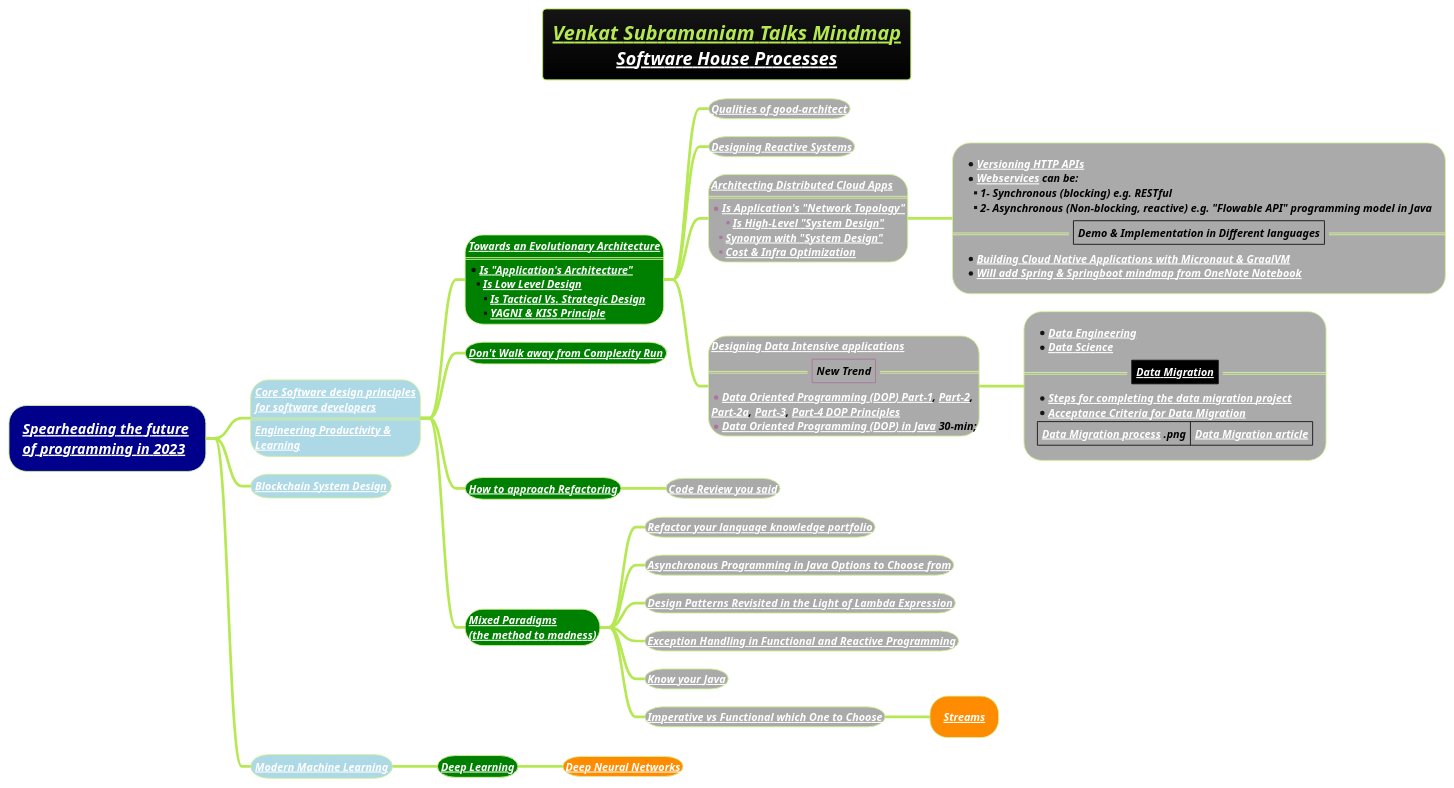
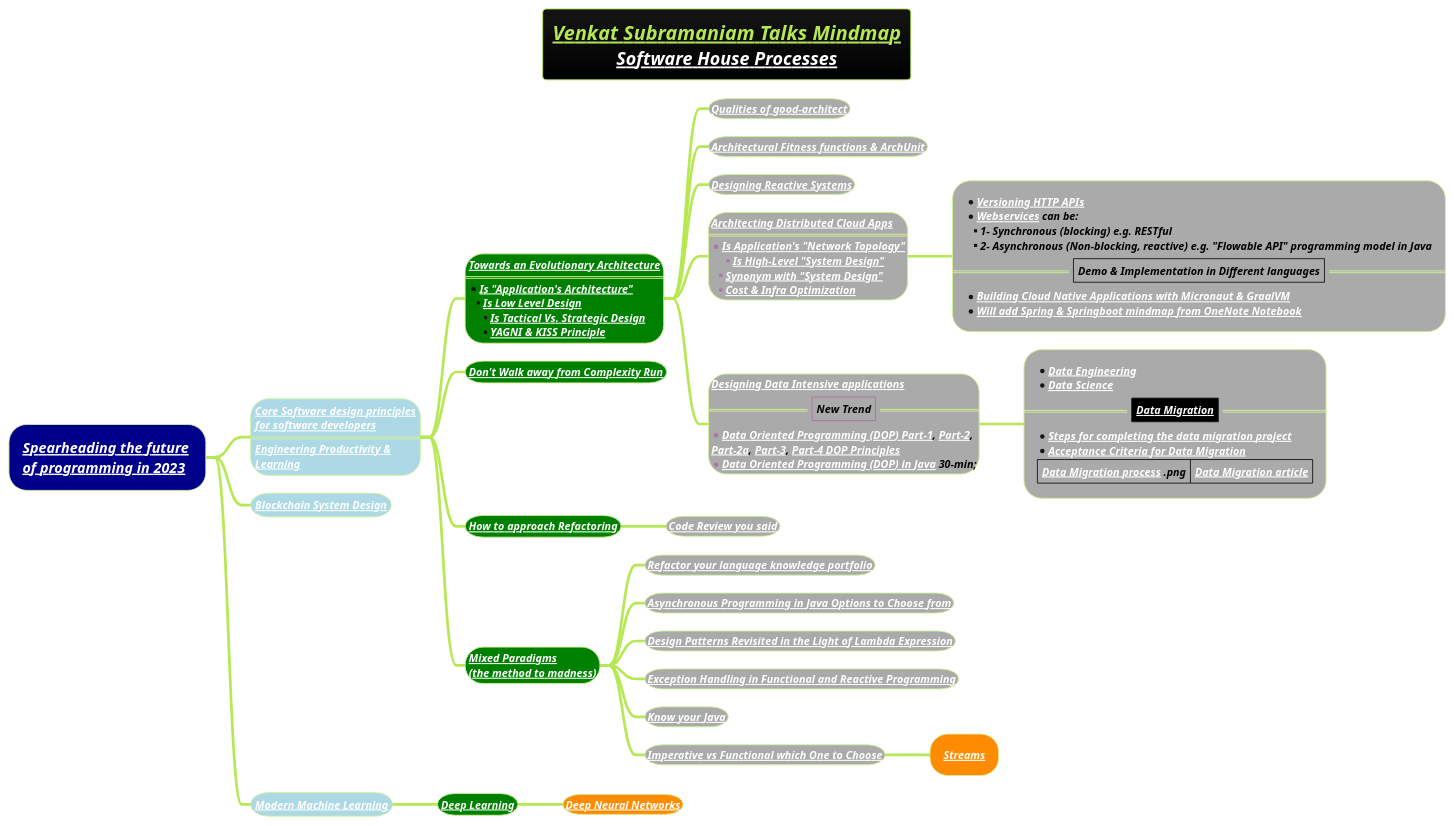
Before and after one commit to MehmoodHashmi/Documentation-as-Code-DaC: the diagram in docs/3-programming-languages/Venkat-Subramaniam/venkat-talks-mindmap.puml, drawn with PlantUML. The commit also changed 5 other files, not shown here.

```diff
--- a/docs/3-programming-languages/Venkat-Subramaniam/venkat-talks-mindmap.puml
+++ b/docs/3-programming-languages/Venkat-Subramaniam/venkat-talks-mindmap.puml
@@ -1,67 +1,68 @@
 @startmindmap
 title =<i><b><u><size:18>Venkat Subramaniam Talks Mindmap \n<i>[[docs/1-business-analyst/client-management/software-house/Software-House-Processes.puml Software House Processes]]
 !theme hacker
 
 *[#darkblue] <i><color #black>[[docs/3-programming-languages/Venkat-Subramaniam/Spearheading-the-future-of-programming-2023.puml Spearheading the future]] \n<i><color #black>[[docs/3-programming-languages/Venkat-Subramaniam/Spearheading-the-future-of-programming-2023.puml of programming in 2023]]
 **[#lightblue]:<color:white><i><size:12>[[docs/3-programming-languages/Venkat-Subramaniam/Core-Software-design-principles-for-software-developers.puml Core Software design principles]]
 <color:white><i><size:12>[[docs/3-programming-languages/Venkat-Subramaniam/Core-Software-design-principles-for-software-developers.puml for software developers]]
 ====
 <b><i><color #black><size:12>[[docs/3-programming-languages/Venkat-Subramaniam/Engineering-Productivity-and-Learning.puml Engineering Productivity &]]
 <b><i><color #black><size:12>[[docs/3-programming-languages/Venkat-Subramaniam/Engineering-Productivity-and-Learning.puml Learning]];
 
 ***[#green]:<b><i><color #black><size:12>[[docs/3-programming-languages/Venkat-Subramaniam/Towards-an-Evolutionary-Architecture.puml Towards an Evolutionary Architecture]]
 ====
 *<b><i><color #black><size:12>[[docs/3-programming-languages/Venkat-Subramaniam/images/img_149.png Is "Application's Architecture"]]
 **<b><i><color #black><size:12>[[docs/3-programming-languages/Venkat-Subramaniam/Towards-an-Evolutionary-Architecture.puml Is Low Level Design]]
 ***<b><i><color #black><size:12>[[docs/3-programming-languages/Venkat-Subramaniam/Core-Software-design-principles-for-software-developers.puml Is Tactical Vs. Strategic Design]]
 ***<b><i><color #black><size:12>[[docs/3-programming-languages/Venkat-Subramaniam/Towards-an-Evolutionary-Architecture.puml YAGNI & KISS Principle]];
 
 ****[#a] <b><i><color #black><size:12>[[docs/3-programming-languages/Venkat-Subramaniam/Qualities-of-good-architect.puml Qualities of good-architect]]
+****[#a] <b><i><color #black><size:12>[[docs/3-programming-languages/Venkat-Subramaniam/Qualities-of-good-architect.puml Architectural Fitness functions & ArchUnit]]
 ****[#a] <b><i><color #black><size:12>[[docs/3-programming-languages/Venkat-Subramaniam/Designing-Reactive-Systems.puml Designing Reactive Systems]]
 
 ****[#a]:<b><i><color #black><size:12>[[docs/3-programming-languages/Venkat-Subramaniam/Architecting-Distributed-Cloud-Apps.puml Architecting Distributed Cloud Apps]]
 ====
 *<b><i><color #black><size:12>[[docs/3-programming-languages/Venkat-Subramaniam/images/img_149.png Is Application's "Network Topology"]]
 ***<b><i><color #black><size:12>[[docs/3-programming-languages/Venkat-Subramaniam/Architecting-Distributed-Cloud-Apps.puml Is High-Level "System Design"]]
 **<b><i><color #black><size:12>[[docs/3-programming-languages/Venkat-Subramaniam/Architecting-Distributed-Cloud-Apps.puml Synonym with "System Design"]]
 **<b><i><color #black><size:12>[[docs/3-programming-languages/Venkat-Subramaniam/Architecting-Distributed-Cloud-Apps.puml Cost & Infra Optimization]];
 
 *****[#a]:*<b><i><color #black><size:12>[[docs/3-programming-languages/Venkat-Subramaniam/Architecting-Distributed-Cloud-Apps.puml Versioning HTTP APIs]]
 *<b><i><color #black><size:12>[[docs/3-programming-languages/Venkat-Subramaniam/webservice.puml Webservices]] can be:
 **<b><i><color #black><size:12>1- Synchronous (blocking) e.g. RESTful
 **<b><i><color #black><size:12>2- Asynchronous (Non-blocking, reactive) e.g. "Flowable API" programming model in Java
 ==|<b><i><color #black><size:12>Demo & Implementation in Different languages|==
 *<b><i><color #black><size:12>[[docs/3-programming-languages/Venkat-Subramaniam/Building-Cloud-Native-Applications-with-Micronaut-and-GraalVM.puml Building Cloud Native Applications with Micronaut & GraalVM]]
 *<b><i><color #black><size:12>[[docs/3-programming-languages/Venkat-Subramaniam/Building-Cloud-Native-Applications-with-Micronaut-and-GraalVM.puml Will add Spring & Springboot mindmap from OneNote Notebook]];
 
 ****[#a]:<b><i><color #black><size:12>[[docs/books/1-books-backlog/DBMS/Designing-Data-Intensive-Applications.puml Designing Data Intensive applications]]
 ==|<b><i><color #black><size:12>New Trend|==
 *<b><i><color #black><size:12>[[docs/3-programming-languages/Venkat-Subramaniam/images/img_605.png Data Oriented Programming (DOP) Part-1]], [[docs/3-programming-languages/Venkat-Subramaniam/images/img_609.png Part-2]],
 <b><i><color #black><size:12>[[docs/3-programming-languages/Venkat-Subramaniam/images/img_590.png Part-2a]], [[docs/3-programming-languages/Venkat-Subramaniam/images/img_608.png Part-3]], [[docs/3-programming-languages/Venkat-Subramaniam/images/img_611.png Part-4 DOP Principles]]
 *<b><i><color #black><size:12>[[https://www.youtube.com/watch?v=UQAw3pvZPCY&list=LL&index=13 Data Oriented Programming (DOP) in Java]] 30-min;;
 *****[#a]:*<b><i><color #black><size:12>[[docs/AI-ML-DL-Data-Science-and-BigData/data-science/data-engineering/Data-Engineering.puml Data Engineering]]
 *<b><i><color #black><size:12>[[docs/AI-ML-DL-Data-Science-and-BigData/data-science/Data-Science.puml Data Science]]
 ==|<#black><b><i><color #black><size:12>[[docs/AI-ML-DL-Data-Science-and-BigData/data-science/data-or-database-migration/Data-Migration.puml Data Migration]]|==
 *<b><i><color #black><size:12>[[docs/AI-ML-DL-Data-Science-and-BigData/data-science/data-or-database-migration/steps-for-completing-the-data-migration-project.puml Steps for completing the data migration project]]
 *<b><i><color #black><size:12>[[docs/AI-ML-DL-Data-Science-and-BigData/data-science/data-or-database-migration/Acceptance-Criteria-for-Data-Migration.puml Acceptance Criteria for Data Migration]]
 |<b><i><color #black><size:12>[[docs/AI-ML-DL-Data-Science-and-BigData/data-science/data-or-database-migration/images/img_1.png Data Migration process]] .png|<b><i><color #black><size:12>[[https://corporatefinanceinstitute.com/resources/data-science/data-migration/ Data Migration article]]|;
 
 ***[#green] <b><i><color #black><size:12>[[docs/3-programming-languages/Venkat-Subramaniam/Do-not-Walk-Away-From-Complexity-Run.puml Don't Walk away from Complexity Run]]
 ***[#green] <b><i><color #black><size:12>[[docs/3-programming-languages/Venkat-Subramaniam/how-to-approach-refactoring.puml How to approach Refactoring]]
 ****[#a] <b><i><color #black><size:12>[[docs/3-programming-languages/Venkat-Subramaniam/Code-Review-you-said.puml Code Review you said]]
 ***[#green] <b><i><color #black><size:12>[[docs/3-programming-languages/Venkat-Subramaniam/mixed-paradigms-(the-method-to-madness).puml Mixed Paradigms]] \n<b><i><color #black><size:12>[[docs/3-programming-languages/Venkat-Subramaniam/mixed-paradigms-(the-method-to-madness).puml (the method to madness)]]
 ****[#a] <b><i><color #black><size:12>[[docs/3-programming-languages/Venkat-Subramaniam/Refactor-your-language-knowledge-portfolio-(we-are-what-we-can-code-in).puml Refactor your language knowledge portfolio]]
 ****[#a] <b><i><color #black><size:12>[[docs/3-programming-languages/Venkat-Subramaniam/Asynchronous-Programming-in-Java-Options-to-Choose-from.puml Asynchronous Programming in Java Options to Choose from]]
 ****[#a] <b><i><color #black><size:12>[[docs/3-programming-languages/Venkat-Subramaniam/Design-Patterns-revisited-in-the-Light-of-Lambda-Expression.puml Design Patterns Revisited in the Light of Lambda Expression]]
 ****[#a] <b><i><color #black><size:12>[[docs/3-programming-languages/Venkat-Subramaniam/Exception-Handling-in-Functional-and-Reactive-Programming.puml Exception Handling in Functional and Reactive Programming]]
 ****[#a] <b><i><color #black><size:12>[[docs/3-programming-languages/Venkat-Subramaniam/Know-your-java-venkat.puml Know your Java]]
 ****[#a] <b><i><color #black><size:12>[[docs/3-programming-languages/Venkat-Subramaniam/Imperative-vs-Functional-Which-one-to-Choose.puml Imperative vs Functional which One to Choose]]
 *****[#darkorange] <b><i><color #black><size:12>[[docs/3-programming-languages/Venkat-Subramaniam/Streams.puml Streams]]
 
 **[#lightblue] <color:white><i><size:12>[[docs/blockchain/Blockchain-System-Design.puml Blockchain System Design]]
 
 **[#lightblue] <b><i><color #black><size:12>[[docs/AI-ML-DL-Data-Science-and-BigData/machine-learning-ML/Modern-Machine-Learning.puml Modern Machine Learning]]
 ***[#green] <b><i><color #black><size:12>[[docs/AI-ML-DL-Data-Science-and-BigData/machine-learning-ML/3-deep-learning-DL/Deep-Learning.puml Deep Learning]]
 ****[#darkorange] <b><i><color #black><size:12>[[docs/AI-ML-DL-Data-Science-and-BigData/machine-learning-ML/3-deep-learning-DL/Neural-Network-Architecture.puml Deep Neural Networks]]
 
 @endmindmap
```
